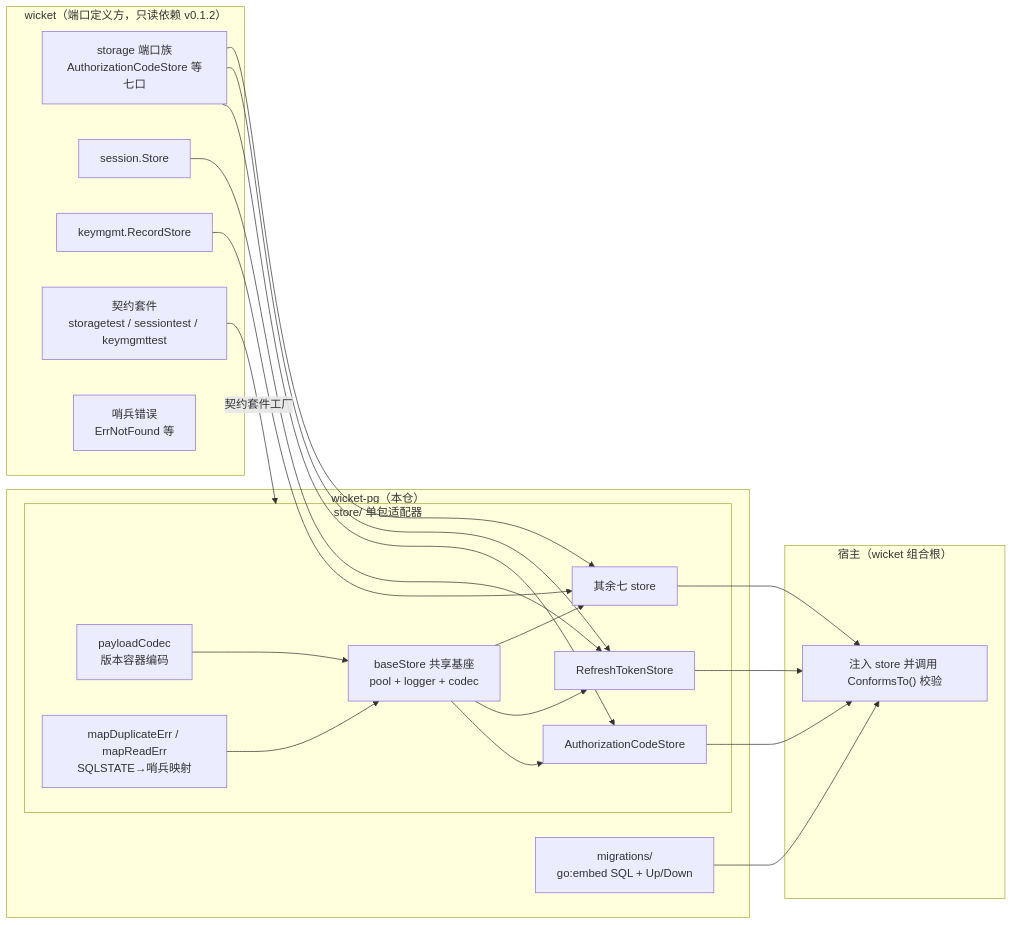
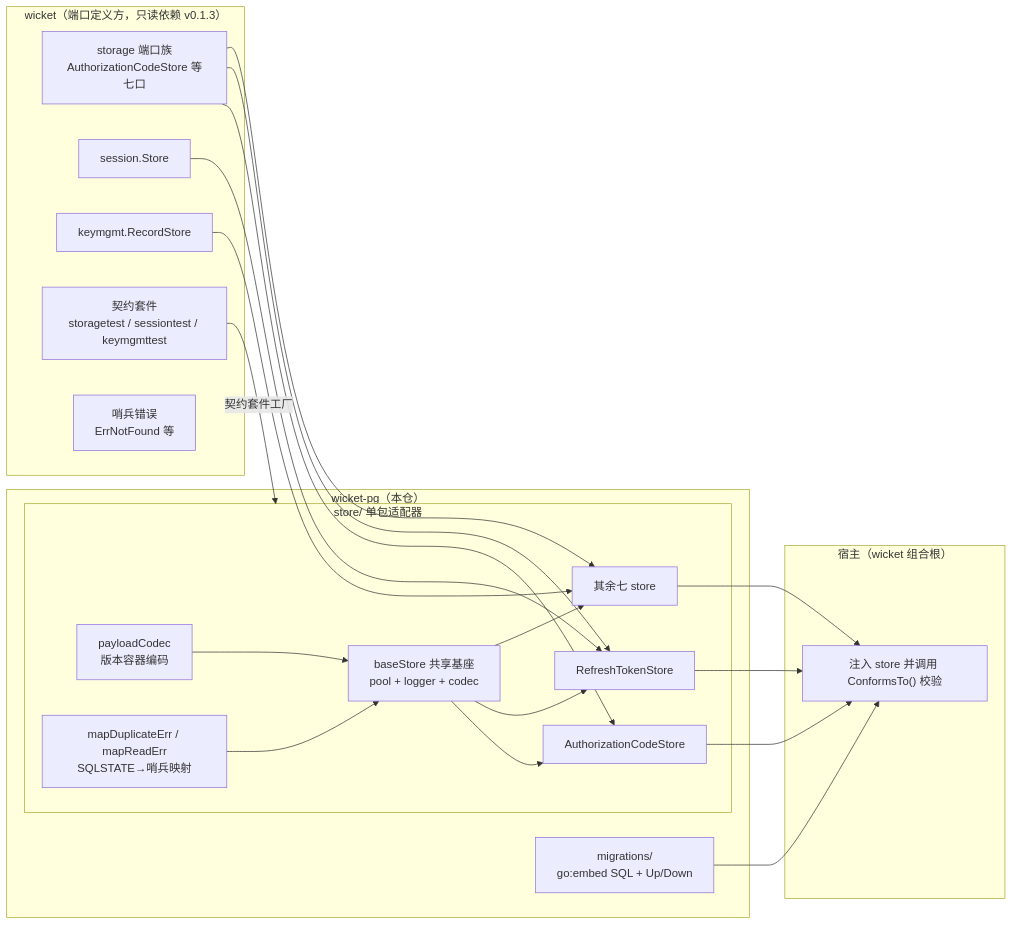
The first of 3 diagrams in docs/architecture.md (gonewx/wicket-pg), drawn with Mermaid before and after one commit. The commit also changed other lines of this file and 8 other files, not shown here.

````diff
--- a/docs/architecture.md
+++ b/docs/architecture.md
@@ -7,36 +7,36 @@
 ```mermaid
 flowchart LR
-    subgraph wicket["wicket（端口定义方，只读依赖 v0.1.2）"]
+    subgraph wicket["wicket（端口定义方，只读依赖 v0.1.3）"]
         P1["storage 端口族<br/>AuthorizationCodeStore 等七口"]
         P2["session.Store"]
         P3["keymgmt.RecordStore"]
         S["契约套件<br/>storagetest / sessiontest / keymgmttest"]
         E["哨兵错误<br/>ErrNotFound 等"]
     end
 
     subgraph adapter["wicket-pg（本仓）"]
         subgraph store["store/ 单包适配器"]
             B["baseStore 共享基座<br/>pool + logger + codec"]
             A1["AuthorizationCodeStore"]
             A2["RefreshTokenStore"]
             A3["其余七 store"]
             C["payloadCodec<br/>版本容器编码"]
             ERR["mapDuplicateErr / mapReadErr<br/>SQLSTATE→哨兵映射"]
         end
         M["migrations/<br/>go:embed SQL + Up/Down"]
     end
 
     subgraph host["宿主（wicket 组合根）"]
         H["注入 store 并调用 ConformsTo() 校验"]
     end
 
     P1 --> A1 & A2 & A3
     P2 --> A2
     P3 --> A3
     B --> A1 & A2 & A3
     C --> B
     ERR --> B
     S -->|"契约套件工厂"| store
     M --> H
     A1 & A2 & A3 --> H
 ```
````
